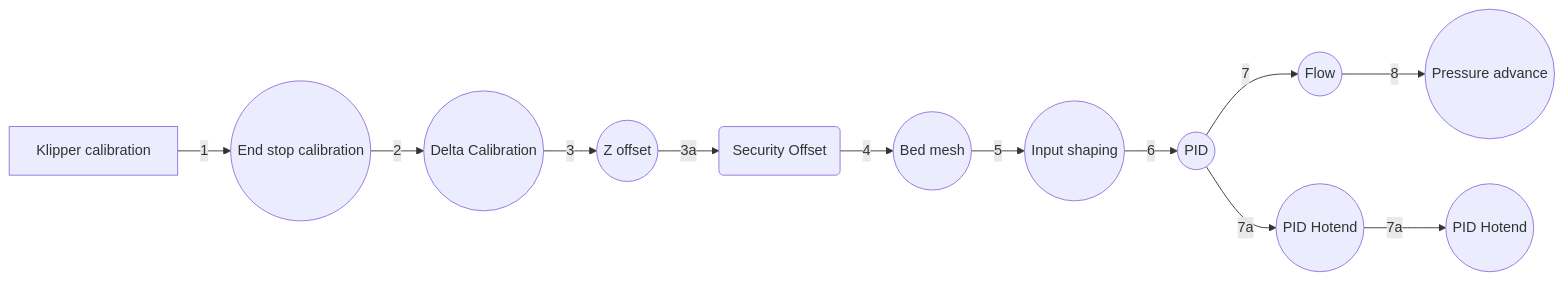
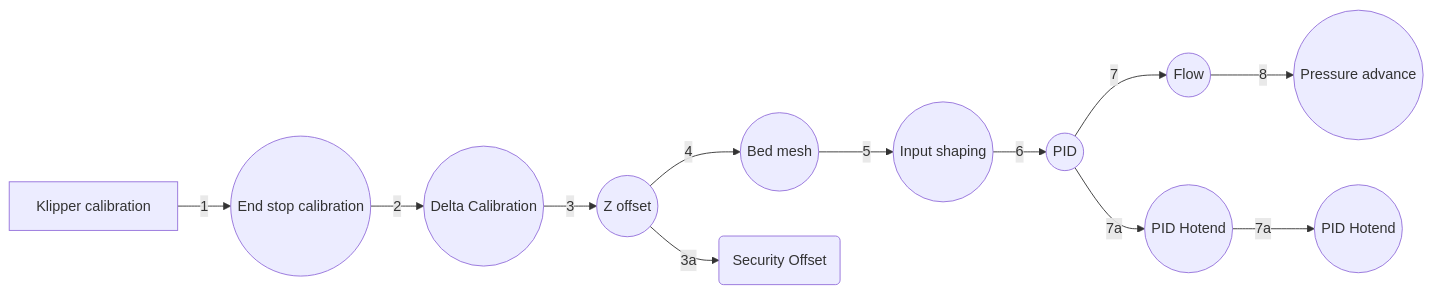
Before and after one commit to 81ondo/FLSUN-SR-Klipper: the diagram in README.md, drawn with Mermaid. The commit also changed other lines of this file, not shown here.

````diff
--- a/README.md
+++ b/README.md
@@ -5,16 +5,16 @@
 ```mermaid
 graph LR
 A[Klipper calibration] 
 -- 1 --> B((End stop calibration))
 -- 2 --> C((Delta Calibration))
 -- 3 --> D((Z offset))
-D --3a --> M(Security Offset)
 -- 4 --> E((Bed mesh))
 -- 5 --> F((Input shaping))
 -- 6 --> X((PID))
 -- 7 --> I((Flow))
 -- 8 --> L((Pressure advance))
 X -- 7a --> W((PID Hotend))
  -- 7a --> Z((PID Hotend))
+D --3a --> M(Security Offset)
 
 ```
````
